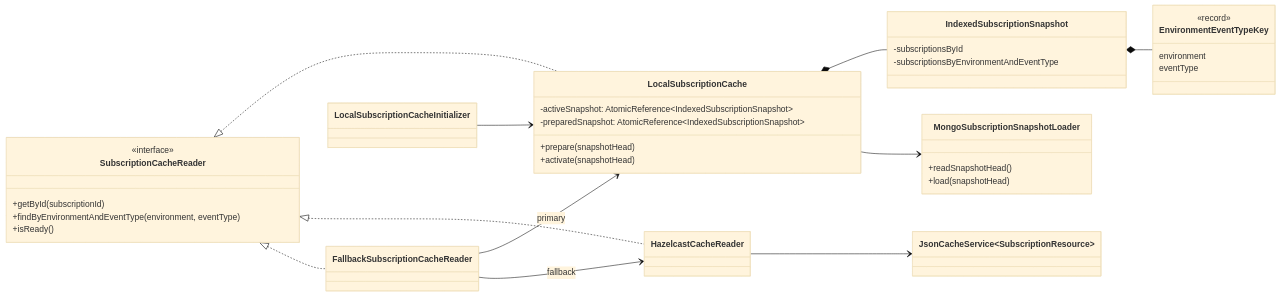
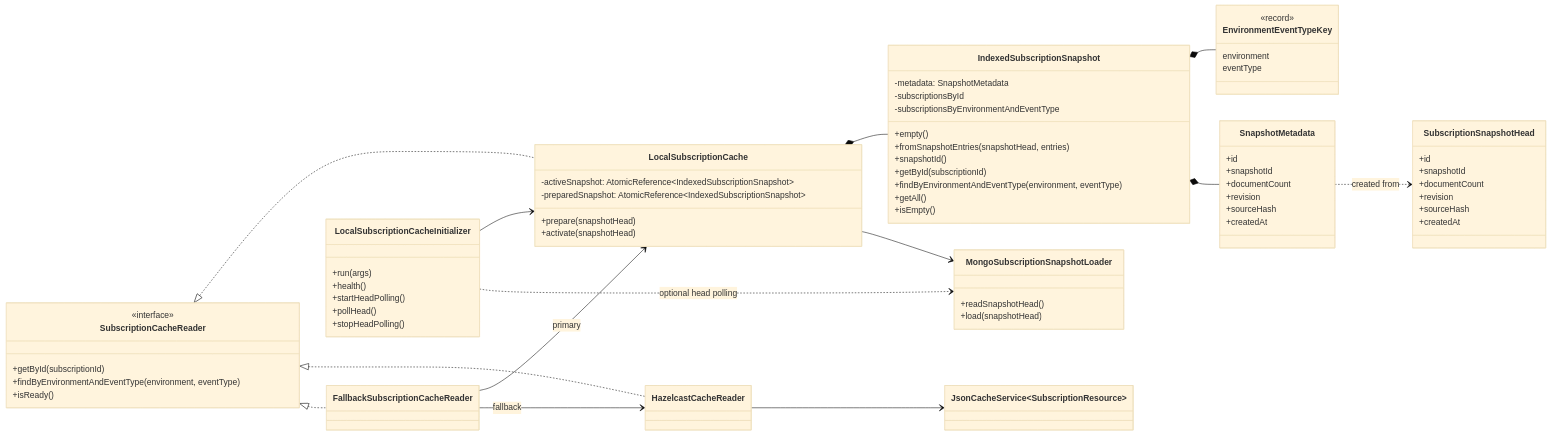
Before and after one commit to telekom/pubsub-horizon-spring-parent: the first of 2 diagrams in docs/local-subscription-cache.md, drawn with Mermaid (base theme). The commit also changed other lines of this file and 3 other files, not shown here.

First line of the commit message:
Finalize local subscription cache integration

````diff
--- a/docs/local-subscription-cache.md
+++ b/docs/local-subscription-cache.md
@@ -24,45 +24,78 @@
 ```mermaid
 classDiagram
     direction LR
 
     class SubscriptionCacheReader {
         <<interface>>
         +getById(subscriptionId)
         +findByEnvironmentAndEventType(environment, eventType)
         +isReady()
     }
     class LocalSubscriptionCache {
         -activeSnapshot: AtomicReference~IndexedSubscriptionSnapshot~
         -preparedSnapshot: AtomicReference~IndexedSubscriptionSnapshot~
         +prepare(snapshotHead)
         +activate(snapshotHead)
     }
     class HazelcastCacheReader
     class FallbackSubscriptionCacheReader
     class IndexedSubscriptionSnapshot {
+        -metadata: SnapshotMetadata
         -subscriptionsById
         -subscriptionsByEnvironmentAndEventType
+        +empty()
+        +fromSnapshotEntries(snapshotHead, entries)
+        +snapshotId()
+        +getById(subscriptionId)
+        +findByEnvironmentAndEventType(environment, eventType)
+        +getAll()
+        +isEmpty()
+    }
+    class SnapshotMetadata {
+        +id
+        +snapshotId
+        +documentCount
+        +revision
+        +sourceHash
+        +createdAt
+    }
+    class SubscriptionSnapshotHead {
+        +id
+        +snapshotId
+        +documentCount
+        +revision
+        +sourceHash
+        +createdAt
     }
     class EnvironmentEventTypeKey {
         <<record>>
         environment
         eventType
     }
     class MongoSubscriptionSnapshotLoader {
         +readSnapshotHead()
         +load(snapshotHead)
     }
     class JsonCacheService~SubscriptionResource~
-    class LocalSubscriptionCacheInitializer
+    class LocalSubscriptionCacheInitializer {
+        +run(args)
+        +health()
+        +startHeadPolling()
+        +pollHead()
+        +stopHeadPolling()
+    }
 
     SubscriptionCacheReader <|.. LocalSubscriptionCache
     SubscriptionCacheReader <|.. HazelcastCacheReader
     SubscriptionCacheReader <|.. FallbackSubscriptionCacheReader
     LocalSubscriptionCache *-- IndexedSubscriptionSnapshot
     IndexedSubscriptionSnapshot *-- EnvironmentEventTypeKey
+    IndexedSubscriptionSnapshot *-- SnapshotMetadata
+    SnapshotMetadata ..> SubscriptionSnapshotHead : created from
     LocalSubscriptionCache --> MongoSubscriptionSnapshotLoader
     HazelcastCacheReader --> JsonCacheService~SubscriptionResource~
     FallbackSubscriptionCacheReader --> LocalSubscriptionCache : primary
     FallbackSubscriptionCacheReader --> HazelcastCacheReader : fallback
     LocalSubscriptionCacheInitializer --> LocalSubscriptionCache
+    LocalSubscriptionCacheInitializer ..> MongoSubscriptionSnapshotLoader : optional head polling
 ```
````
